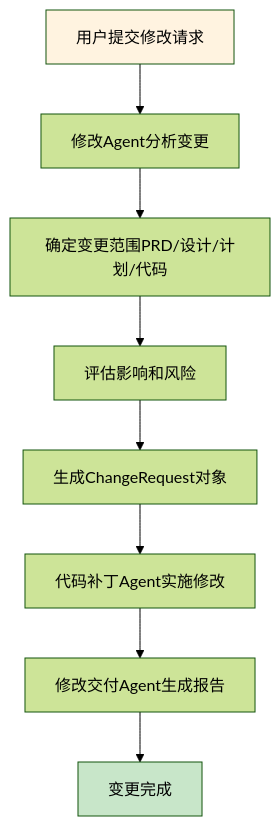
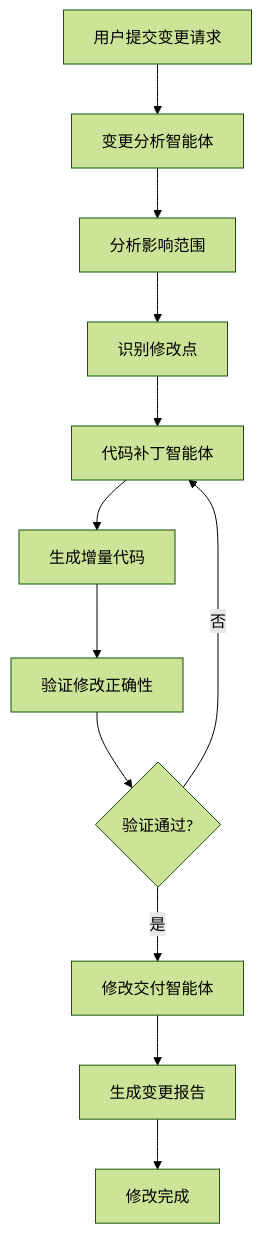
The ninth of 11 diagrams in litho.docs/zh/2、架构概览.md (sopaco/cowork-forge), drawn with Mermaid (forest theme) before and after one commit. The commit also changed other lines of this file and 26 other files, not shown here.

````diff
--- a/litho.docs/zh/2、架构概览.md
+++ b/litho.docs/zh/2、架构概览.md
@@ -399,13 +531,14 @@
 ```mermaid
 graph TD
-    A[用户提交修改请求] --> B[修改Agent分析变更]
-    B --> C[确定变更范围PRD/设计/计划/代码]
-    C --> D[评估影响和风险]
-    D --> E[生成ChangeRequest对象]
-    E --> F[代码补丁Agent实施修改]
-    F --> G[修改交付Agent生成报告]
-    G --> H[变更完成]
-    
-    style A fill:#fff3e0
-    style H fill:#c8e6c9
+    A[用户提交变更请求] --> B[变更分析智能体]
+    B --> C[分析影响范围]
+    C --> D[识别修改点]
+    D --> E[代码补丁智能体]
+    E --> F[生成增量代码]
+    F --> G[验证修改正确性]
+    G --> H{验证通过?}
+    H -->|否| E
+    H -->|是| I[修改交付智能体]
+    I --> J[生成变更报告]
+    J --> K[修改完成]
 ```
````
